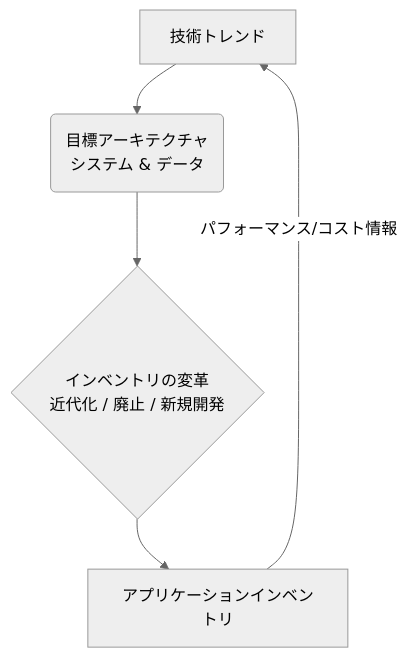
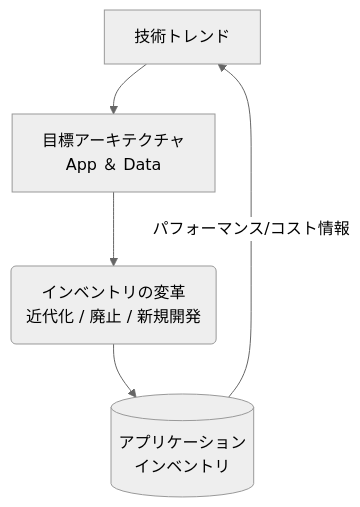
Before and after one commit to suwa-sh/zenn-contents: the first of 2 diagrams in articles/application_strategy_roadmap_20251008.md, drawn with Mermaid (neutral theme). The commit also changed other lines of this file, not shown here.

````diff
--- a/articles/application_strategy_roadmap_20251008.md
+++ b/articles/application_strategy_roadmap_20251008.md
@@ -33,7 +33,7 @@
 ```mermaid
-graph TD;
-    A[技術トレンド] --> B(目標アーキテクチャ<br>システム & データ);
-    B --> C{インベントリの変革<br>近代化 / 廃止 / 新規開発};
-    C --> D[アプリケーションインベントリ];
+graph TD
+    A[技術トレンド] --> B[目標アーキテクチャ<br>App ＆ Data];
+    B --> C(インベントリの変革<br>近代化 / 廃止 / 新規開発);
+    C --> D[(アプリケーション<br/>インベントリ)];
     D -- パフォーマンス/コスト情報 --> A;
 ```
````
